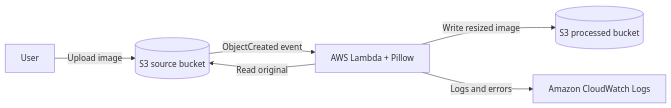
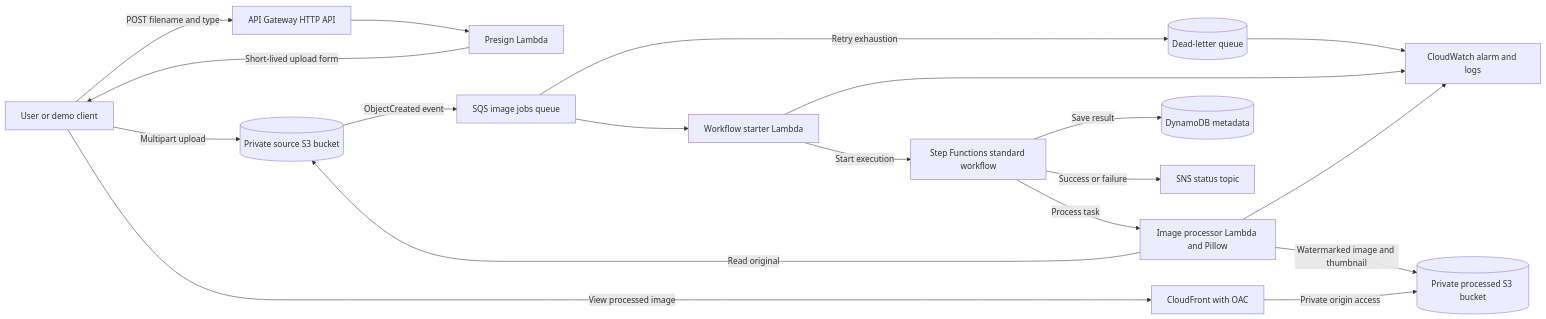
The diagram in README.md (SamehYahia/aws-serverless-image-processor), drawn with Mermaid before and after one commit. The commit also changed other lines of this file and 8 other files, not shown here.

````diff
--- a/README.md
+++ b/README.md
@@ -7,8 +7,21 @@
 ```mermaid
 flowchart LR
-    U[User] -->|Upload image| S[(S3 source bucket)]
-    S -->|ObjectCreated event| L[AWS Lambda + Pillow]
+    U[User or demo client] -->|POST filename and type| API[API Gateway HTTP API]
+    API --> P[Presign Lambda]
+    P -->|Short-lived upload form| U
+    U -->|Multipart upload| S[(Private source S3 bucket)]
+    S -->|ObjectCreated event| Q[SQS image jobs queue]
+    Q -->|Retry exhaustion| DLQ[(Dead-letter queue)]
+    Q --> D[Workflow starter Lambda]
+    D -->|Start execution| SF[Step Functions standard workflow]
+    SF -->|Process task| L[Image processor Lambda and Pillow]
     L -->|Read original| S
-    L -->|Write resized image| D[(S3 processed bucket)]
-    L -->|Logs and errors| C[Amazon CloudWatch Logs]
+    L -->|Watermarked image and thumbnail| O[(Private processed S3 bucket)]
+    SF -->|Save result| DB[(DynamoDB metadata)]
+    SF -->|Success or failure| SNS[SNS status topic]
+    CF[CloudFront with OAC] -->|Private origin access| O
+    U -->|View processed image| CF
+    DLQ --> CW[CloudWatch alarm and logs]
+    D --> CW
+    L --> CW
 ```
````
